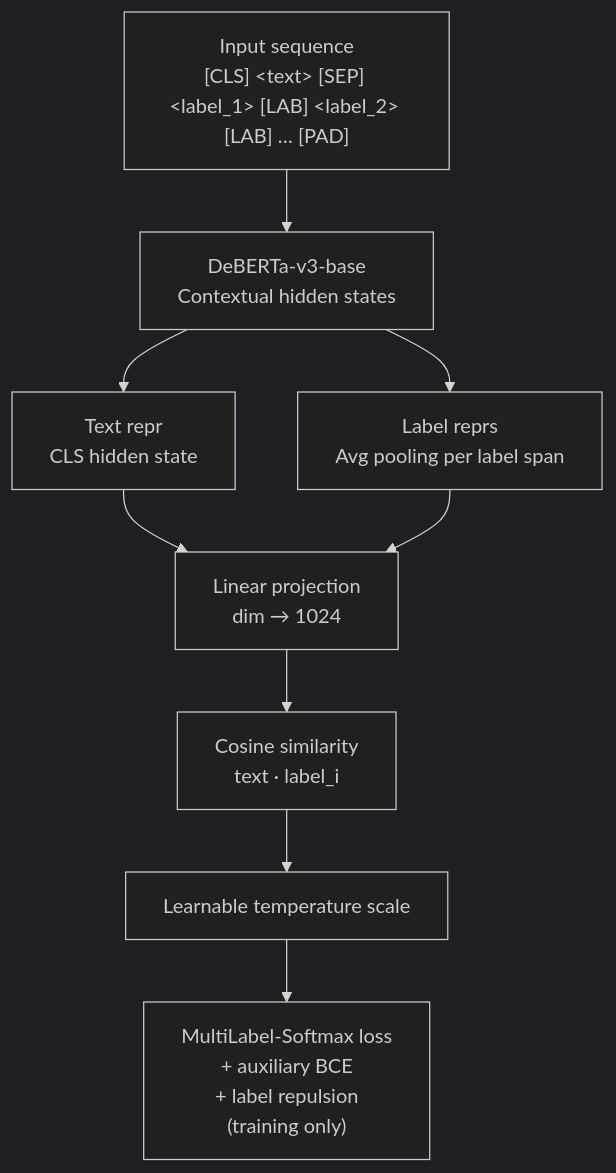
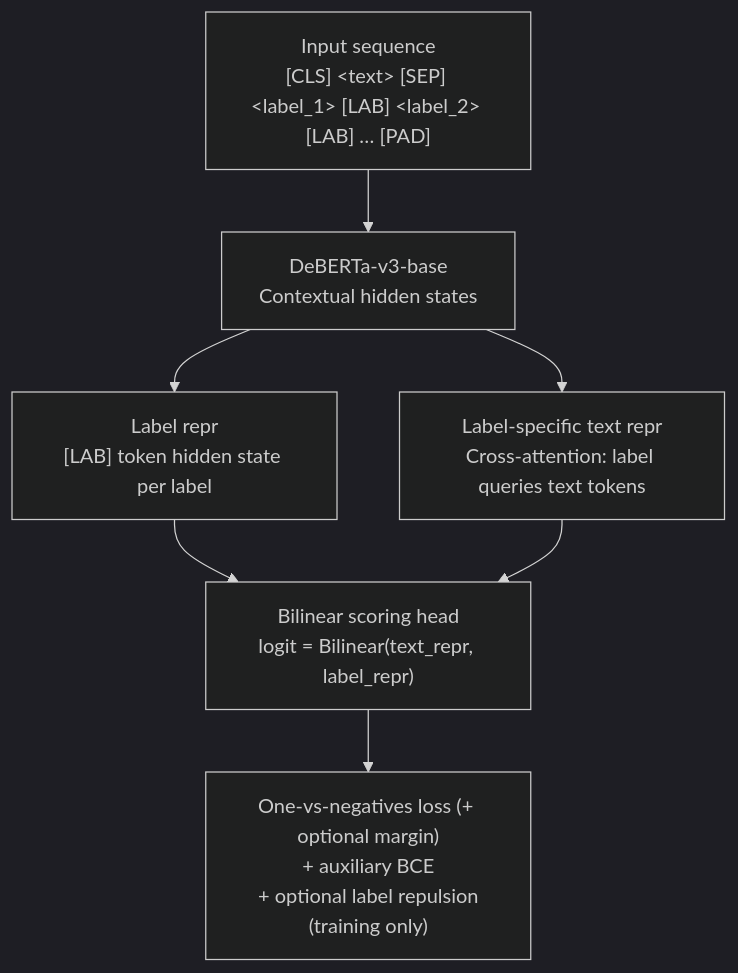
One commit to KameniAlexNea/zero-shot-classification changed the diagram in reports/model_card.md. Above: the diagram before and after it, drawn with Mermaid (dark theme). The commit also changed other lines of this file and 4 other files, not shown here.

Commit message:
refactor: update model checkpoint and improve documentation on loss functions and architecture

````diff
--- a/reports/model_card.md
+++ b/reports/model_card.md
@@ -51,12 +50,10 @@
 ```mermaid
 flowchart TD
     A["Input sequence\n[CLS] &lt;text&gt; [SEP] &lt;label_1&gt; [LAB] &lt;label_2&gt; [LAB] … [PAD]"]
     A --> B["DeBERTa-v3-base\nContextual hidden states"]
-    B --> C["Text repr\nCLS hidden state"]
-    B --> D["Label reprs\nAvg pooling per label span"]
-    C --> E["Linear projection\ndim → 1024"]
+    B --> C["Label repr\n[LAB] token hidden state per label"]
+    B --> D["Label-specific text repr\nCross-attention: label queries text tokens"]
+    C --> E["Bilinear scoring head\nlogit = Bilinear(text_repr, label_repr)"]
     D --> E
-    E --> F["Cosine similarity\ntext · label_i"]
-    F --> G["Learnable temperature scale"]
-    G --> H["MultiLabel-Softmax loss\n+ auxiliary BCE\n+ label repulsion\n(training only)"]
+    E --> F["One-vs-negatives loss (+ optional margin)\n+ auxiliary BCE\n+ optional label repulsion\n(training only)"]
 ```
````
